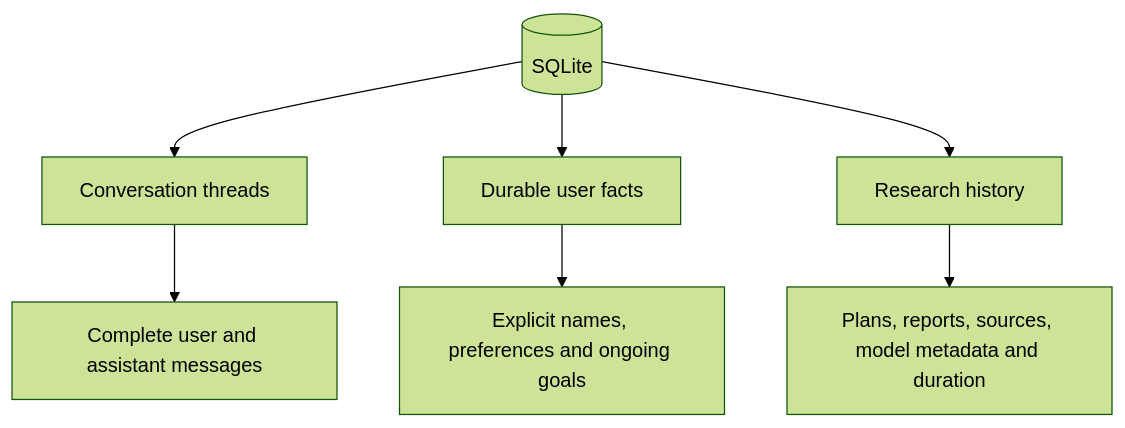
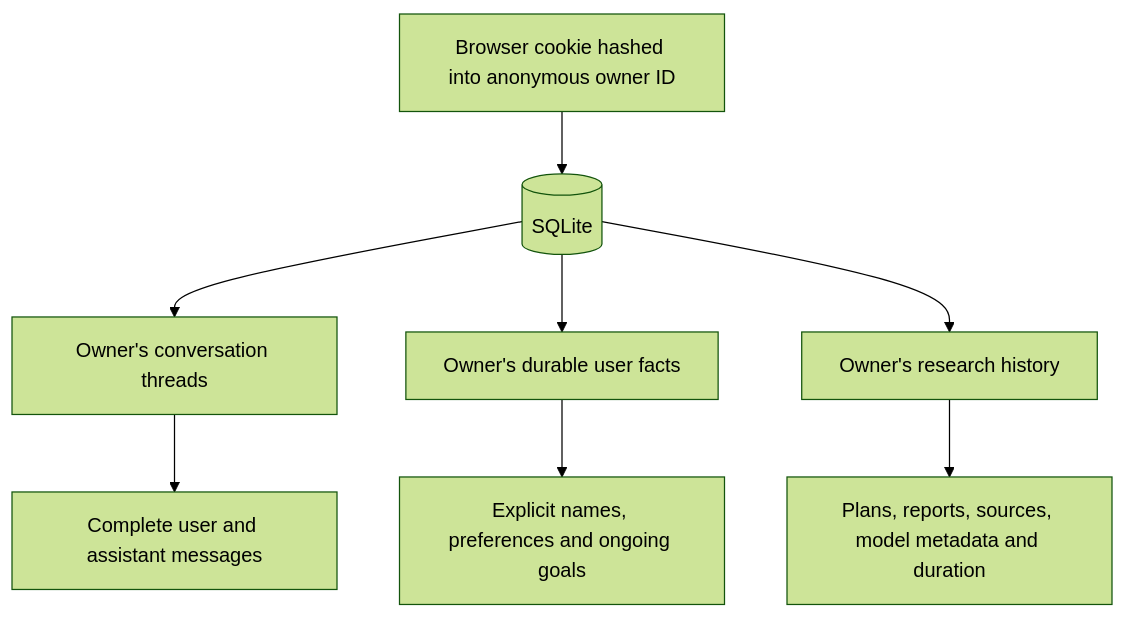
The fifth of 5 diagrams in README.md (vishvpandya/multi-llm-autonomous-research-agent), drawn with Mermaid (forest theme) before and after one commit. The commit also changed other lines of this file and 4 other files, not shown here.

Commit message:
Isolate chat memory by anonymous browser

````diff
--- a/README.md
+++ b/README.md
@@ -277,9 +278,10 @@
 ```mermaid
 flowchart TB
-    DB[(SQLite)] --> T[Conversation threads]
-    DB --> F[Durable user facts]
-    DB --> H[Research history]
+    B[Browser cookie hashed into anonymous owner ID] --> DB[(SQLite)]
+    DB --> T[Owner's conversation threads]
+    DB --> F[Owner's durable user facts]
+    DB --> H[Owner's research history]
     T --> T1[Complete user and assistant messages]
     F --> F1[Explicit names, preferences and ongoing goals]
     H --> H1[Plans, reports, sources, model metadata and duration]
 ```
````
